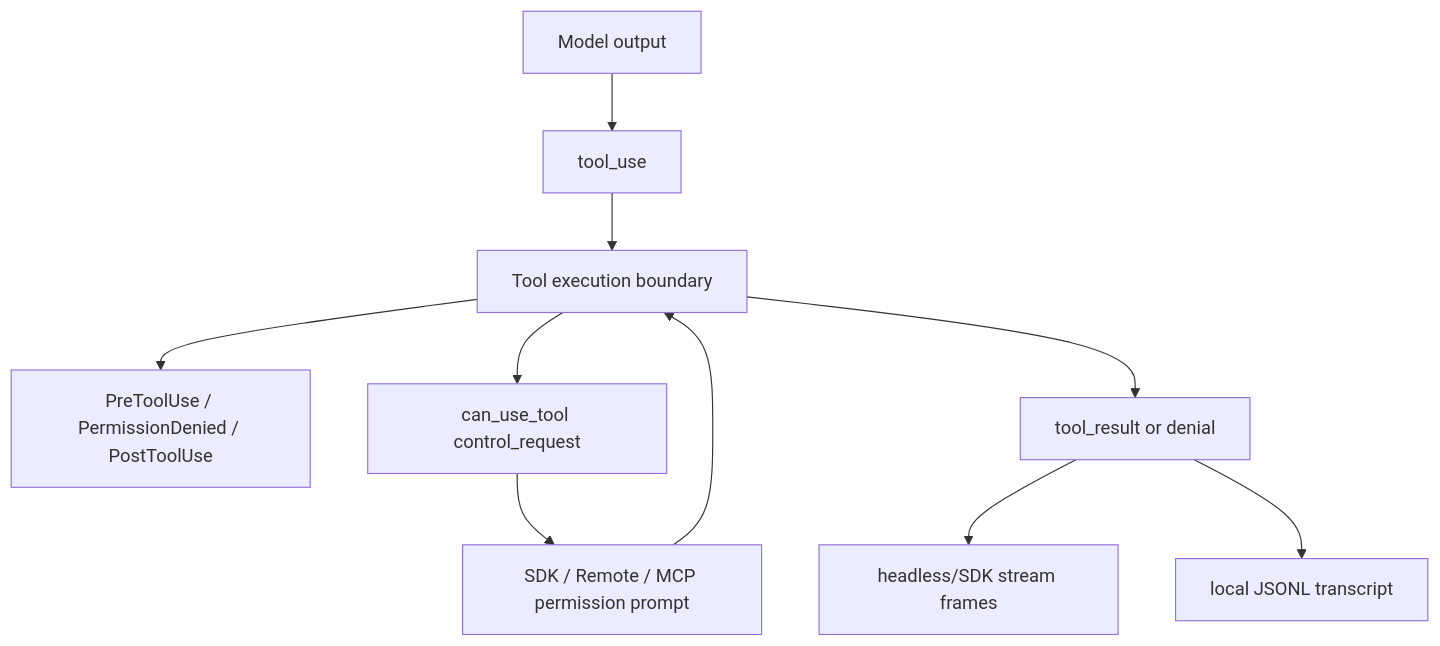
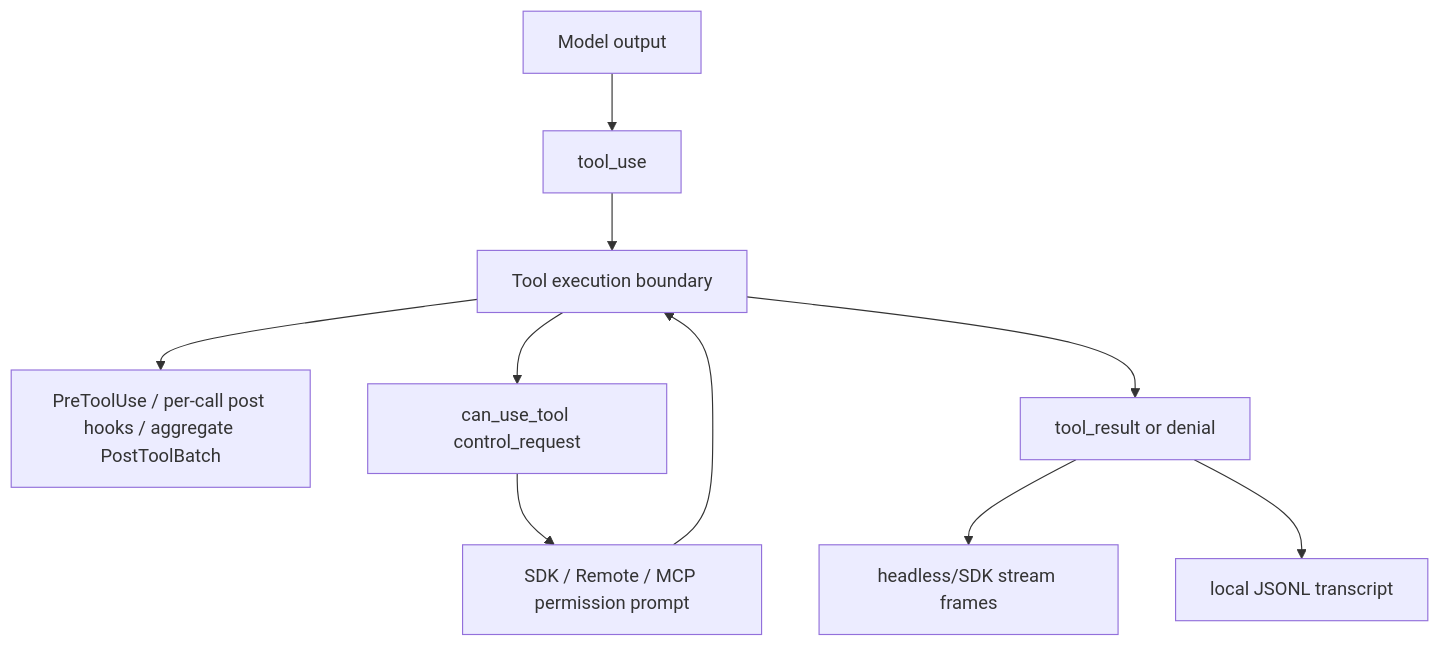
One commit to vibewatch/claude-code-internals changed the second of 7 diagrams in docs/03-tools-integrations-security/tool-runtime-events-and-integrations.md. Above: the diagram before and after it, drawn with Mermaid. The commit also changed other lines of this file and 46 other files, not shown here.

````diff
--- a/docs/03-tools-integrations-security/tool-runtime-events-and-integrations.md
+++ b/docs/03-tools-integrations-security/tool-runtime-events-and-integrations.md
@@ -123,12 +127,12 @@
 ```mermaid
 flowchart TD
     Model[Model output] --> ToolUse[tool_use]
     ToolUse --> Boundary[Tool execution boundary]
-    Boundary --> Hooks[PreToolUse / PermissionDenied / PostToolUse]
+    Boundary --> Hooks[PreToolUse / per-call post hooks / aggregate PostToolBatch]
     Boundary --> Control[can_use_tool control_request]
     Boundary --> Result[tool_result or denial]
     Result --> Stream[headless/SDK stream frames]
     Result --> Jsonl[local JSONL transcript]
     Control --> Host[SDK / Remote / MCP permission prompt]
     Host --> Boundary
 ```
````
